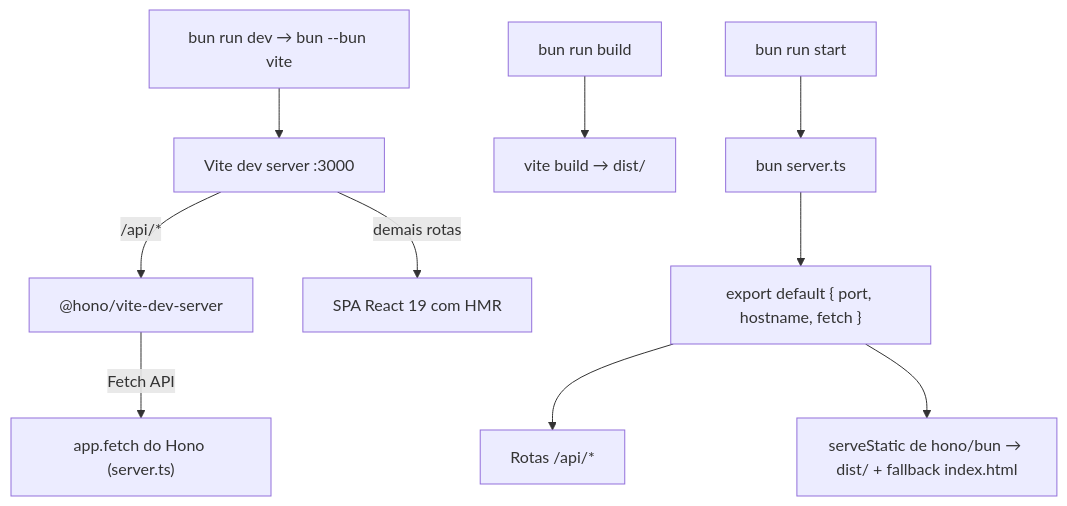
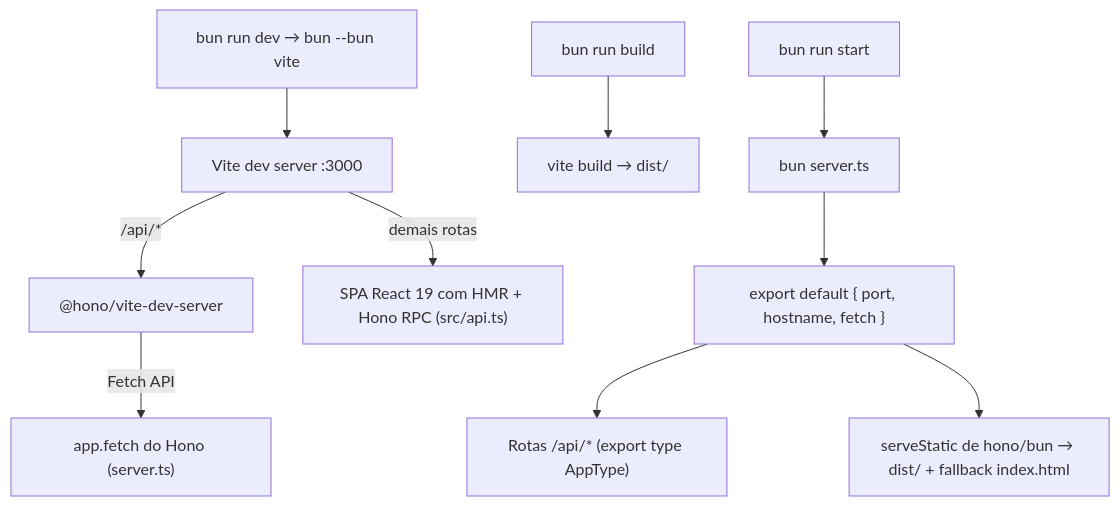
The second of 2 diagrams in docs/pt-br/REFACTOR.md (sian-io/synapse), drawn with Mermaid before and after one commit. The commit also changed other lines of this file and 15 other files, not shown here.

Commit message:
refactor: implements Hono RPC

````diff
--- a/docs/pt-br/REFACTOR.md
+++ b/docs/pt-br/REFACTOR.md
@@ -50,12 +51,12 @@
 ```mermaid
 flowchart TD
     A["bun run dev → bun --bun vite"] --> B["Vite dev server :3000"]
     B -->|"/api/*"| C["@hono/vite-dev-server"]
     C -->|"Fetch API"| D["app.fetch do Hono (server.ts)"]
-    B -->|"demais rotas"| E["SPA React 19 com HMR"]
+    B -->|"demais rotas"| E["SPA React 19 com HMR + Hono RPC (src/api.ts)"]
     F["bun run build"] --> G["vite build → dist/"]
     H["bun run start"] --> I["bun server.ts"]
     I --> J["export default { port, hostname, fetch }"]
-    J --> K["Rotas /api/*"]
+    J --> K["Rotas /api/* (export type AppType)"]
     J --> L["serveStatic de hono/bun → dist/ + fallback index.html"]
 ```
````
